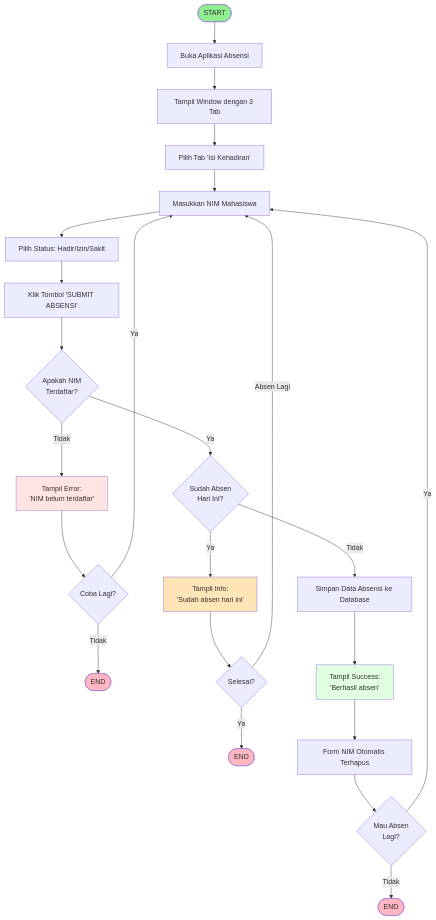
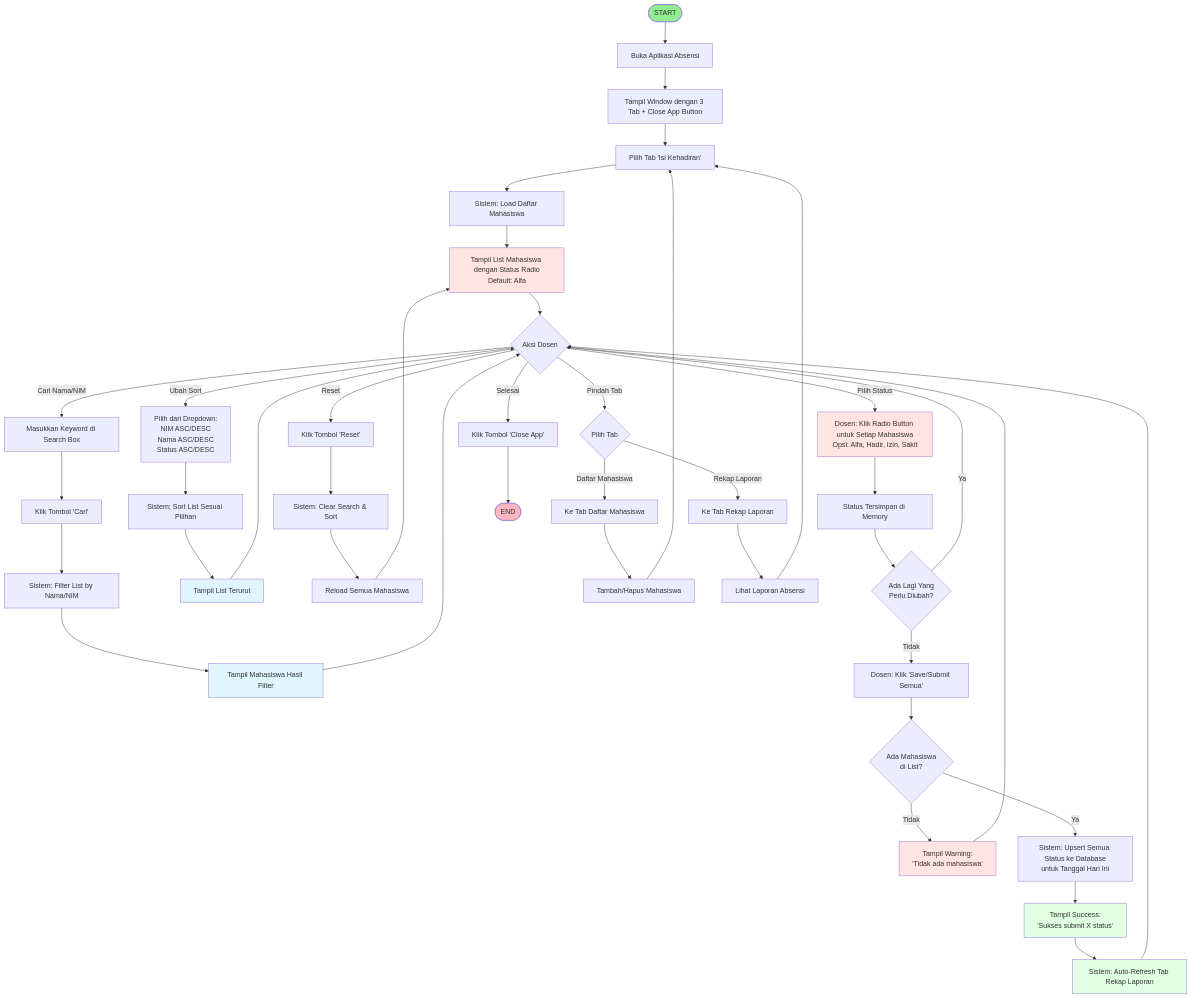
Before and after one commit to revxcode/k3-absensi: the first of 6 diagrams in flowchart.md, drawn with Mermaid. The commit also changed other lines of this file and 3 other files, not shown here.

Commit message:
Enhance GUI and service functionality: Add improved attendance tab with search, sort, and radio buttons; implement mahasiswa listing and deletion services; update flowchart documentation for user flow v2.

````diff
--- a/flowchart.md
+++ b/flowchart.md
@@ -5,38 +5,68 @@
 ```mermaid
 flowchart TD
     START([START]) --> OpenApp[Buka Aplikasi Absensi]
-    OpenApp --> MainWindow[Tampil Window dengan 3 Tab]
+    OpenApp --> MainWindow[Tampil Window dengan 3 Tab + Close App Button]
     MainWindow --> ClickTab1[Pilih Tab 'Isi Kehadiran']
-    ClickTab1 --> InputNIM[Masukkan NIM Mahasiswa]
-    InputNIM --> SelectStatus[Pilih Status: Hadir/Izin/Sakit]
-    SelectStatus --> ClickSubmit[Klik Tombol 'SUBMIT ABSENSI']
+    ClickTab1 --> LoadList[Sistem: Load Daftar Mahasiswa]
+    LoadList --> DisplayList[Tampil List Mahasiswa dengan Status Radio<br/>Default: Alfa]
     
-    ClickSubmit --> CheckNIM{Apakah NIM<br/>Terdaftar?}
+    DisplayList --> UserAction{Aksi Dosen}
     
-    CheckNIM -->|Tidak| ErrorMsg[Tampil Error:<br/>'NIM belum terdaftar']
-    ErrorMsg --> TryAgain{Coba Lagi?}
-    TryAgain -->|Ya| InputNIM
-    TryAgain -->|Tidak| END1([END])
+    %% Search & Filter
+    UserAction -->|Cari Nama/NIM| InputSearch[Masukkan Keyword di Search Box]
+    InputSearch --> ClickCari[Klik Tombol 'Cari']
+    ClickCari --> FilterList[Sistem: Filter List by Nama/NIM]
+    FilterList --> DisplayFiltered[Tampil Mahasiswa Hasil Filter]
+    DisplayFiltered --> UserAction
     
-    CheckNIM -->|Ya| CheckToday{Sudah Absen<br/>Hari Ini?}
+    %% Sort
+    UserAction -->|Ubah Sort| SelectSort[Pilih dari Dropdown:<br/>NIM ASC/DESC<br/>Nama ASC/DESC<br/>Status ASC/DESC]
+    SelectSort --> ApplySort[Sistem: Sort List Sesuai Pilihan]
+    ApplySort --> DisplaySorted[Tampil List Terurut]
+    DisplaySorted --> UserAction
     
-    CheckToday -->|Ya| InfoMsg[Tampil Info:<br/>'Sudah absen hari ini']
-    InfoMsg --> Done{Selesai?}
-    Done -->|Ya| END2([END])
-    Done -->|Absen Lagi| InputNIM
+    %% Reset Filters
+    UserAction -->|Reset| ClickReset[Klik Tombol 'Reset']
+    ClickReset --> ClearFilters[Sistem: Clear Search & Sort]
+    ClearFilters --> ReloadAll[Reload Semua Mahasiswa]
+    ReloadAll --> DisplayList
     
-    CheckToday -->|Tidak| SaveData[Simpan Data Absensi ke Database]
-    SaveData --> SuccessMsg[Tampil Success:<br/>'Berhasil absen']
-    SuccessMsg --> ClearForm[Form NIM Otomatis Terhapus]
-    ClearForm --> NextAction{Mau Absen<br/>Lagi?}
-    NextAction -->|Ya| InputNIM
-    NextAction -->|Tidak| END3([END])
+    %% Select Status
+    UserAction -->|Pilih Status| SelectRadio[Dosen: Klik Radio Button untuk Setiap Mahasiswa<br/>Opsi: Alfa, Hadir, Izin, Sakit]
+    SelectRadio --> StatusSelected[Status Tersimpan di Memory]
+    StatusSelected --> CheckMore{Ada Lagi Yang<br/>Perlu Diubah?}
+    CheckMore -->|Ya| UserAction
+    CheckMore -->|Tidak| SubmitAll[Dosen: Klik 'Save/Submit Semua']
+    
+    %% Save All
+    SubmitAll --> ValidateList{Ada Mahasiswa<br/>di List?}
+    ValidateList -->|Tidak| WarnEmpty[Tampil Warning:<br/>'Tidak ada mahasiswa']
+    WarnEmpty --> UserAction
+    ValidateList -->|Ya| SaveDB[Sistem: Upsert Semua Status ke Database<br/>untuk Tanggal Hari Ini]
+    SaveDB --> SuccessAll[Tampil Success:<br/>'Sukses submit X status']
+    SuccessAll --> RefreshLaporan[Sistem: Auto-Refresh Tab Rekap Laporan]
+    RefreshLaporan --> UserAction
+    
+    %% Other Tabs or Close
+    UserAction -->|Pindah Tab| TabChoice{Pilih Tab}
+    TabChoice -->|Daftar Mahasiswa| DaftarTab[Ke Tab Daftar Mahasiswa]
+    DaftarTab --> ManageStudent[Tambah/Hapus Mahasiswa]
+    ManageStudent --> ClickTab1
+    
+    TabChoice -->|Rekap Laporan| LaporanTab[Ke Tab Rekap Laporan]
+    LaporanTab --> ViewRecap[Lihat Laporan Absensi]
+    ViewRecap --> ClickTab1
+    
+    UserAction -->|Selesai| CloseApp[Klik Tombol 'Close App']
+    CloseApp --> ExitApp([END])
     
     style START fill:#90EE90
-    style END1 fill:#FFB6C1
-    style END2 fill:#FFB6C1
-    style END3 fill:#FFB6C1
-    style ErrorMsg fill:#FFE4E1
-    style InfoMsg fill:#FFE4B5
-    style SuccessMsg fill:#E1FFE1
+    style ExitApp fill:#FFB6C1
+    style DisplayList fill:#FFE4E1
+    style SelectRadio fill:#FFE4E1
+    style WarnEmpty fill:#FFE4E1
+    style SuccessAll fill:#E1FFE1
+    style DisplayFiltered fill:#E1F5FF
+    style DisplaySorted fill:#E1F5FF
+    style RefreshLaporan fill:#E1FFE1
 ```
````
